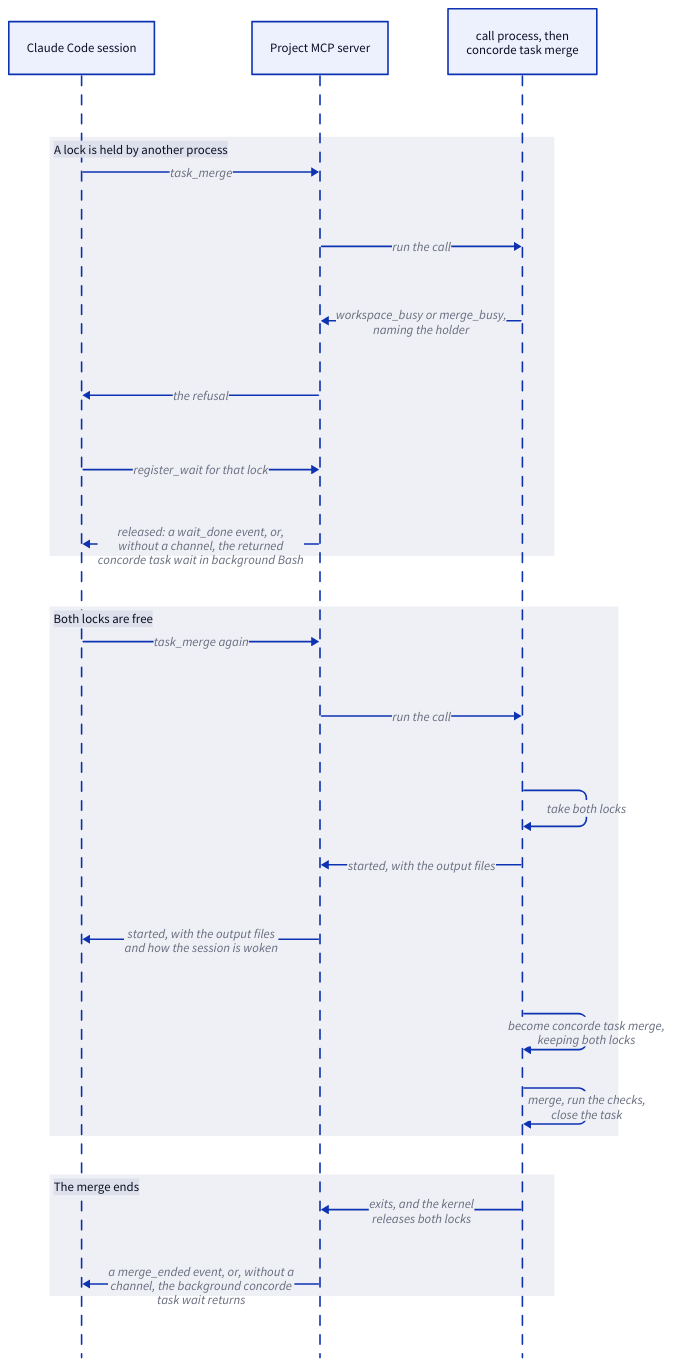
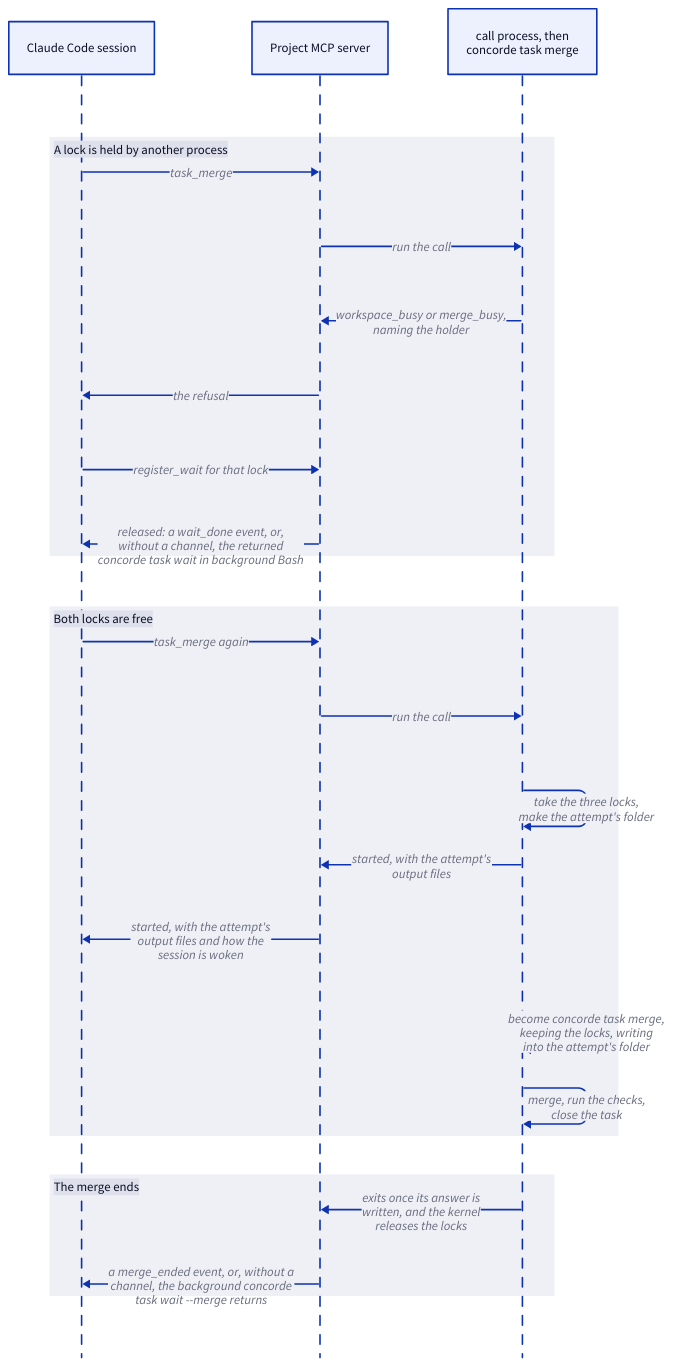
The third of 4 diagrams in specs/concorde/coordination/main-session/module.md (FTOD/concorde), drawn with D2 before and after one commit. The commit also changed other lines of this file and 22 other files, not shown here.

First line of the commit message:
Keep a server-started merge's output with its attempt and wait on the merge's end

````diff
--- a/specs/concorde/coordination/main-session/module.md
+++ b/specs/concorde/coordination/main-session/module.md
@@ -588,27 +588,27 @@
 ```d2 illustrative
 shape: sequence_diagram
 session: Claude Code session
 server: Project MCP server
 merge: "call process, then\nconcorde task merge"
 busy: "A lock is held by another process" {
   session -> server: task_merge
   server -> merge: "run the call"
   merge -> server: "workspace_busy or merge_busy,\nnaming the holder"
   server -> session: "the refusal"
   session -> server: register_wait for that lock
   server -> session: "released: a wait_done event, or,\nwithout a channel, the returned\nconcorde task wait in background Bash"
 }
 granted: "Both locks are free" {
   session -> server: task_merge again
   server -> merge: "run the call"
-  merge -> merge: take both locks
-  merge -> server: "started, with the output files"
-  server -> session: "started, with the output files\nand how the session is woken"
-  merge -> merge: "become concorde task merge,\nkeeping both locks"
+  merge -> merge: "take the three locks,\nmake the attempt's folder"
+  merge -> server: "started, with the attempt's\noutput files"
+  server -> session: "started, with the attempt's\noutput files and how the\nsession is woken"
+  merge -> merge: "become concorde task merge,\nkeeping the locks, writing\ninto the attempt's folder"
   merge -> merge: "merge, run the checks,\nclose the task"
 }
 ended: "The merge ends" {
-  merge -> server: "exits, and the kernel\nreleases both locks"
-  server -> session: "a merge_ended event, or, without a\nchannel, the background concorde\ntask wait returns"
+  merge -> server: "exits once its answer is\nwritten, and the kernel\nreleases the locks"
+  server -> session: "a merge_ended event, or, without a\nchannel, the background concorde\ntask wait --merge returns"
 }
 ```
````
